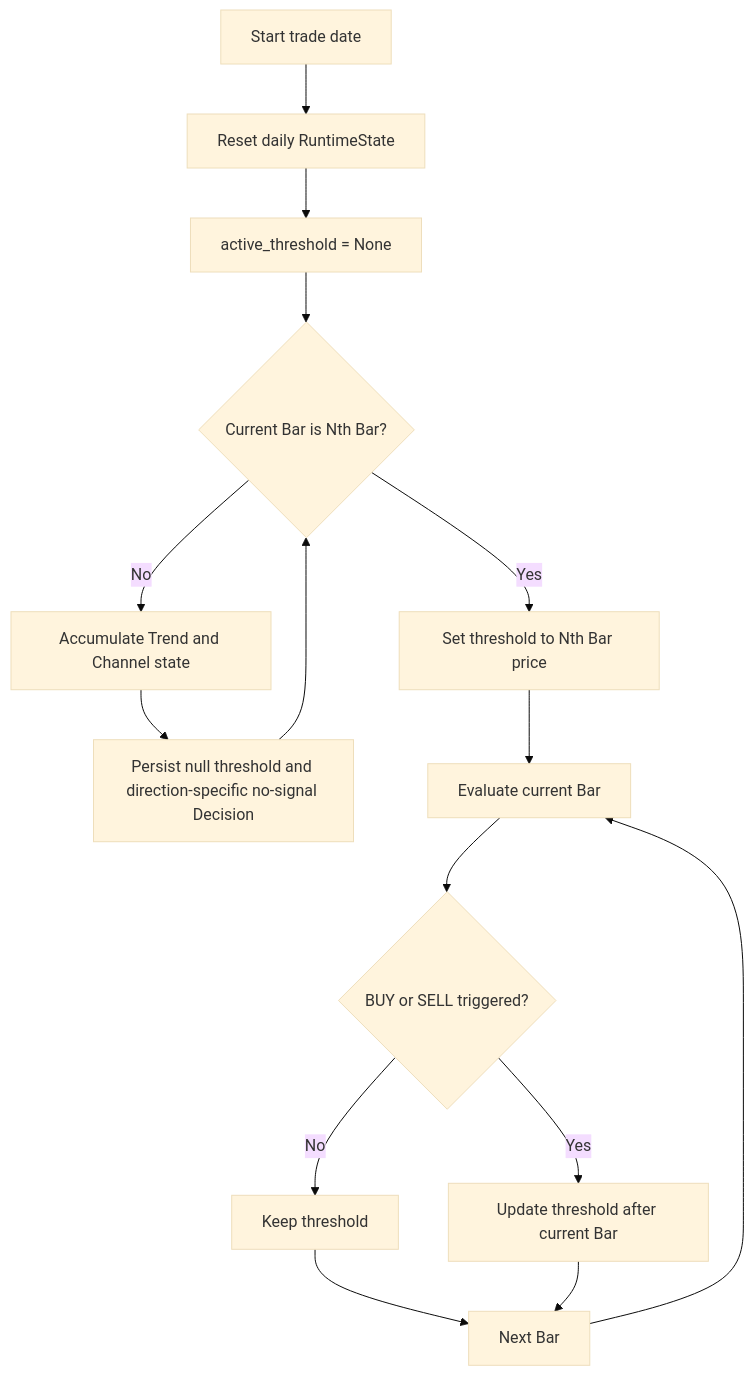
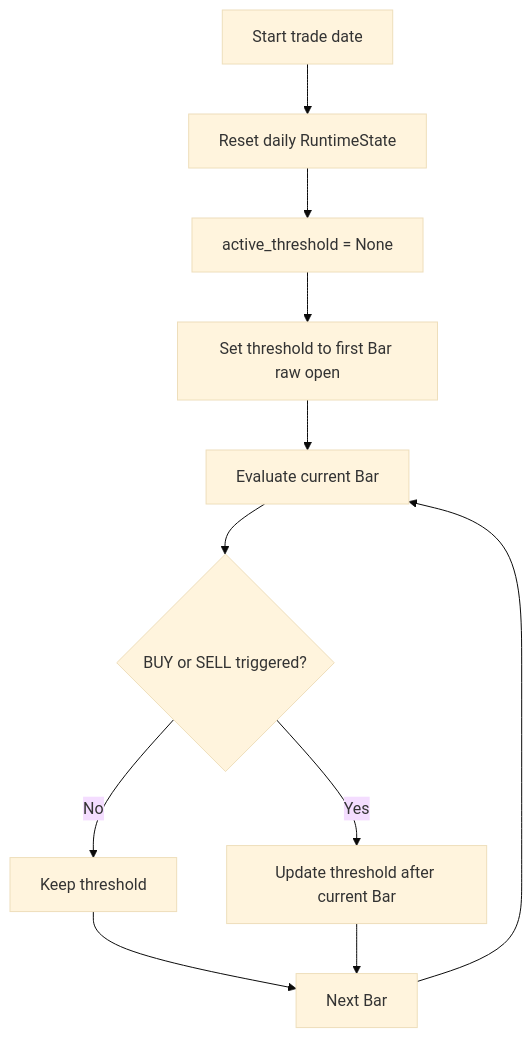
Before and after one commit to yulan307/intraday-channel-engine: the second of 2 diagrams in docs/phase3_expand.md, drawn with Mermaid (base theme). The commit also changed other lines of this file and 18 other files, not shown here.

````diff
--- a/docs/phase3_expand.md
+++ b/docs/phase3_expand.md
@@ -286,19 +276,13 @@
 ```mermaid
 flowchart TD
     A[Start trade date] --> B[Reset daily RuntimeState]
     B --> C[active_threshold = None]
-    C --> D{Current Bar is Nth Bar?}
-
-    D -->|No| E[Accumulate Trend and Channel state]
-    E --> F[Persist null threshold and direction-specific no-signal Decision]
-    F --> D
-
-    D -->|Yes| G[Set threshold to Nth Bar price]
-    G --> H[Evaluate current Bar]
+    C --> D[Set threshold to first Bar raw open]
+    D --> H[Evaluate current Bar]
     H --> I{BUY or SELL triggered?}
     I -->|No| J[Keep threshold]
     I -->|Yes| K[Update threshold after current Bar]
     J --> L[Next Bar]
     K --> L
     L --> H
 ```
````
